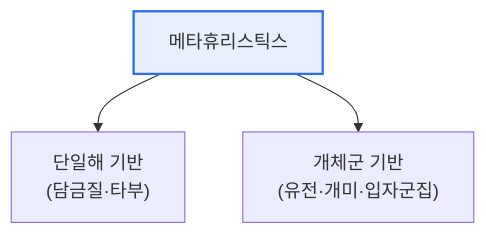
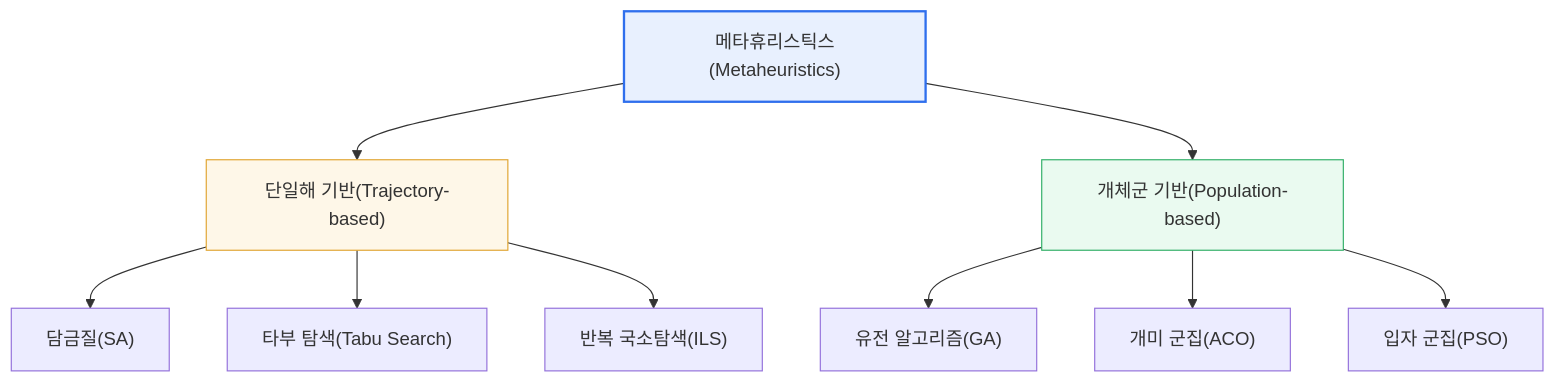
The first of 2 diagrams in content/metaheuristics.md (coninggu/wjdqhrhksflrltnftk), drawn with Mermaid before and after one commit. The commit also changed other lines of this file and 3 other files, not shown here.

Commit message:
Deepen 메타휴리스틱스(Metaheuristics), 빅 엔디언과 리틀 엔디언 (auto)

````diff
--- a/content/metaheuristics.md
+++ b/content/metaheuristics.md
@@ -15,6 +21,14 @@
 ```mermaid
 flowchart TB
-  M[메타휴리스틱스] --> S["단일해 기반<br/>(담금질·타부)"]
-  M --> P["개체군 기반<br/>(유전·개미·입자군집)"]
+  M["메타휴리스틱스(Metaheuristics)"] --> S["단일해 기반(Trajectory-based)"]
+  M --> P["개체군 기반(Population-based)"]
+  S --> SA["담금질(SA)"]
+  S --> TS["타부 탐색(Tabu Search)"]
+  S --> ILS["반복 국소탐색(ILS)"]
+  P --> GA["유전 알고리즘(GA)"]
+  P --> ACO["개미 군집(ACO)"]
+  P --> PSO["입자 군집(PSO)"]
   style M fill:#e8f0fe,stroke:#2f6fed,stroke-width:2px
+  style S fill:#fef7e8,stroke:#e0a42f,stroke-width:1px
+  style P fill:#eafaf0,stroke:#2fae66,stroke-width:1px
 ```
````
